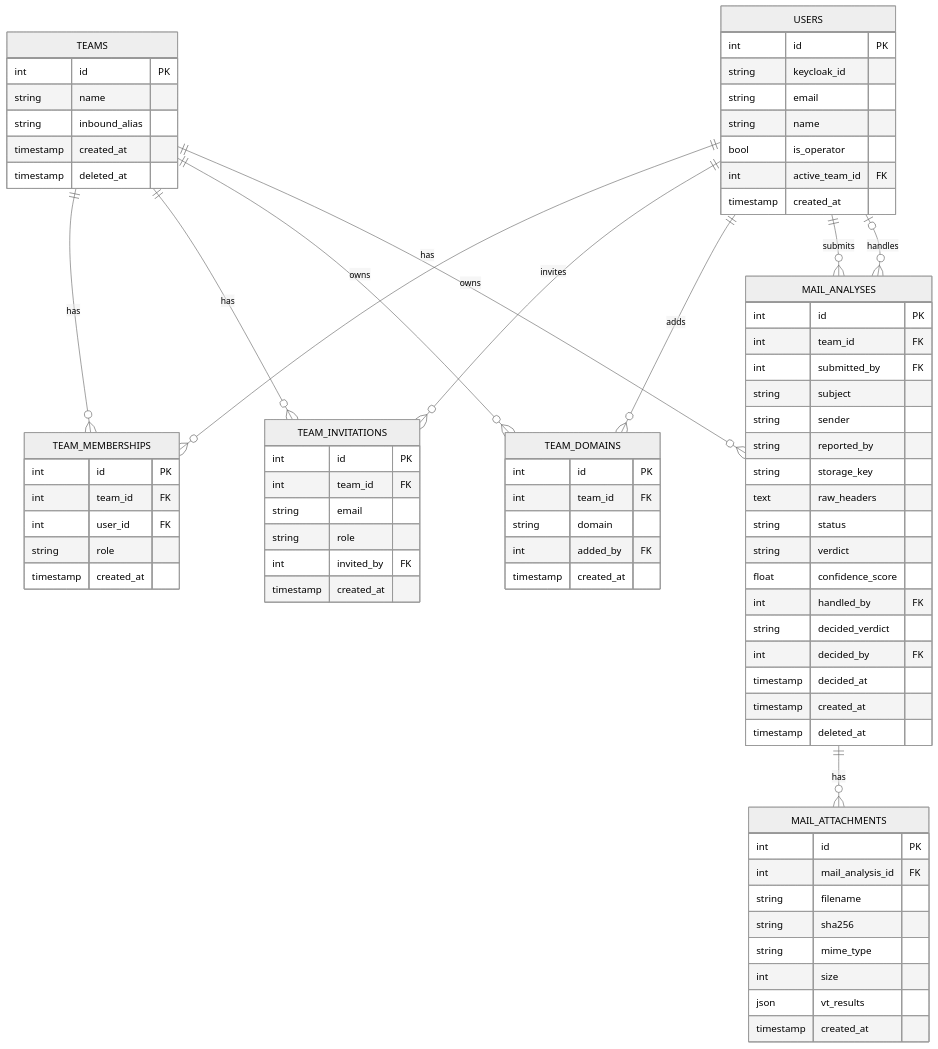
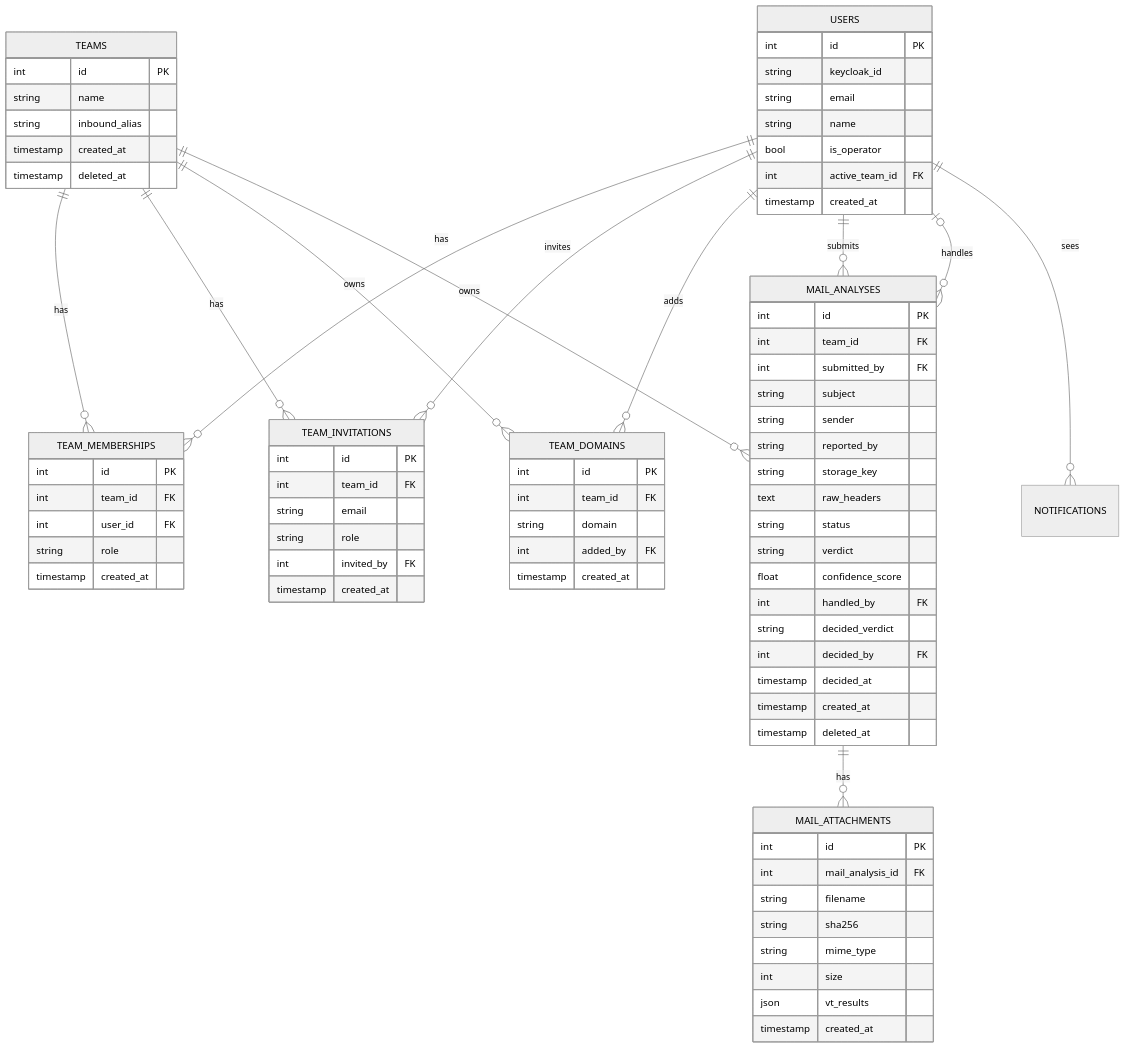
The diagram in docs/data-model.md (teamphive/phisheye), drawn with Mermaid (neutral theme) before and after one commit. The commit also changed other lines of this file and 13 other files, not shown here.

````diff
--- a/docs/data-model.md
+++ b/docs/data-model.md
@@ -133,81 +149,82 @@
 ```mermaid
 erDiagram
   USERS ||--o{ TEAM_MEMBERSHIPS : has
   TEAMS ||--o{ TEAM_MEMBERSHIPS : has
   TEAMS ||--o{ TEAM_INVITATIONS : has
   USERS ||--o{ TEAM_INVITATIONS : invites
   TEAMS ||--o{ TEAM_DOMAINS : owns
   USERS ||--o{ TEAM_DOMAINS : adds
   TEAMS ||--o{ MAIL_ANALYSES : owns
   USERS ||--o{ MAIL_ANALYSES : submits
   USERS |o--o{ MAIL_ANALYSES : handles
   MAIL_ANALYSES ||--o{ MAIL_ATTACHMENTS : has
+  USERS ||--o{ NOTIFICATIONS : sees
 
   USERS {
     int id PK
     string keycloak_id
     string email
     string name
     bool is_operator
     int active_team_id FK
     timestamp created_at
   }
   TEAMS {
     int id PK
     string name
     string inbound_alias
     timestamp created_at
     timestamp deleted_at
   }
   TEAM_MEMBERSHIPS {
     int id PK
     int team_id FK
     int user_id FK
     string role
     timestamp created_at
   }
   TEAM_INVITATIONS {
     int id PK
     int team_id FK
     string email
     string role
     int invited_by FK
     timestamp created_at
   }
   TEAM_DOMAINS {
     int id PK
     int team_id FK
     string domain
     int added_by FK
     timestamp created_at
   }
   MAIL_ANALYSES {
     int id PK
     int team_id FK
     int submitted_by FK
     string subject
     string sender
     string reported_by
     string storage_key
     text raw_headers
     string status
     string verdict
     float confidence_score
     int handled_by FK
     string decided_verdict
     int decided_by FK
     timestamp decided_at
     timestamp created_at
     timestamp deleted_at
   }
   MAIL_ATTACHMENTS {
     int id PK
     int mail_analysis_id FK
     string filename
     string sha256
     string mime_type
     int size
     json vt_results
     timestamp created_at
   }
 ```
````
